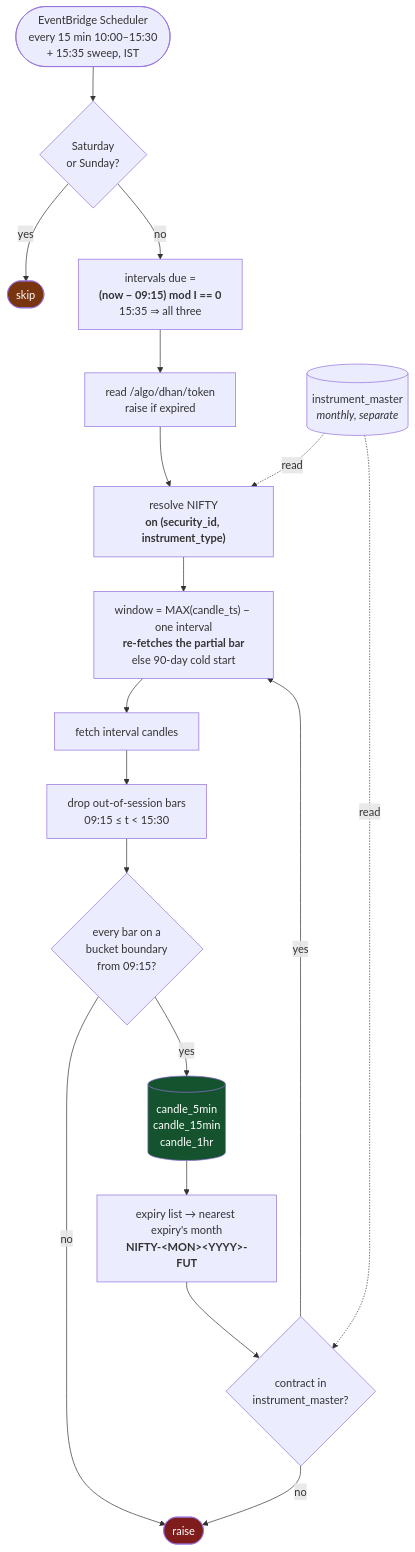
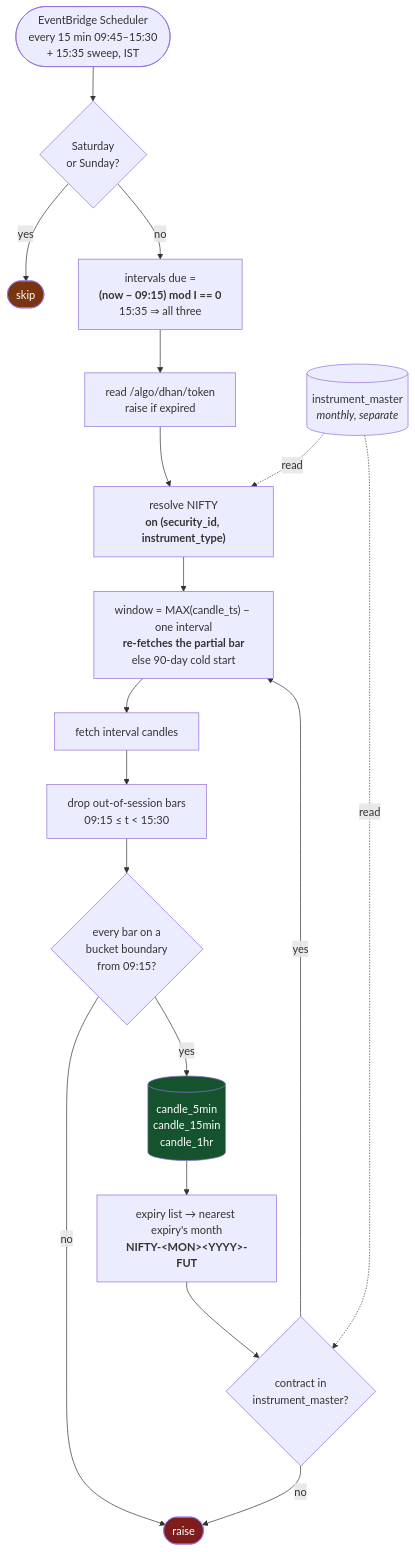
The fifth of 7 diagrams in docs/flow.md (amar7585/aws-algo-claude), drawn with Mermaid before and after one commit. The commit also changed other lines of this file and 10 other files, not shown here.

````diff
--- a/docs/flow.md
+++ b/docs/flow.md
@@ -258,28 +274,28 @@
 ```mermaid
 flowchart TD
-    START(["EventBridge Scheduler<br/>every 15 min 10:00–15:30<br/>+ 15:35 sweep, IST"]) --> WKND{"Saturday<br/>or Sunday?"}
+    START(["EventBridge Scheduler<br/>every 15 min 09:45–15:30<br/>+ 15:35 sweep, IST"]) --> WKND{"Saturday<br/>or Sunday?"}
     WKND -->|yes| SKIP(["skip"])
     WKND -->|no| DUE["intervals due =<br/><b>(now − 09:15) mod I == 0</b><br/>15:35 ⇒ all three"]
 
     DUE --> TOK["read /algo/dhan/token<br/>raise if expired"]
     TOK --> NIFTY["resolve NIFTY<br/><b>on (security_id, instrument_type)</b>"]
 
     NIFTY --> WIN["window = MAX(candle_ts) − one interval<br/><b>re-fetches the partial bar</b><br/>else 90-day cold start"]
     WIN --> FETCH["fetch interval candles"]
     FETCH --> FILTER["drop out-of-session bars<br/>09:15 ≤ t &lt; 15:30"]
     FILTER --> ALIGN{"every bar on a<br/>bucket boundary<br/>from 09:15?"}
     ALIGN -->|no| RAISE(["raise"])
     ALIGN -->|yes| UPSERT[("candle_5min<br/>candle_15min<br/>candle_1hr")]
 
     UPSERT --> EXP["expiry list → nearest expiry's month<br/><b>NIFTY-&lt;MON&gt;&lt;YYYY&gt;-FUT</b>"]
     EXP --> FUT{"contract in<br/>instrument_master?"}
     FUT -->|no| RAISE
     FUT -->|yes| WIN
 
     IM[("instrument_master<br/><i>monthly, separate</i>")] -.read.-> NIFTY
     IM -.read.-> FUT
 
     style SKIP fill:#78350f,color:#fff
     style RAISE fill:#7f1d1d,color:#fff
     style UPSERT fill:#14532d,color:#fff
 ```
````
